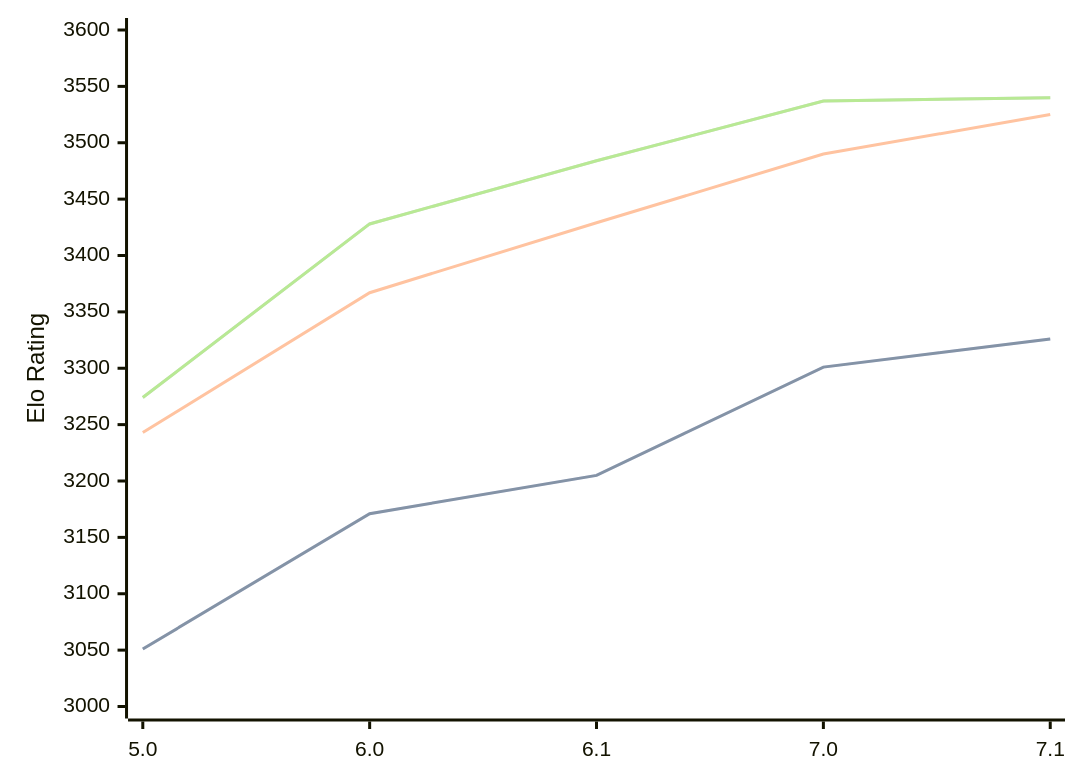
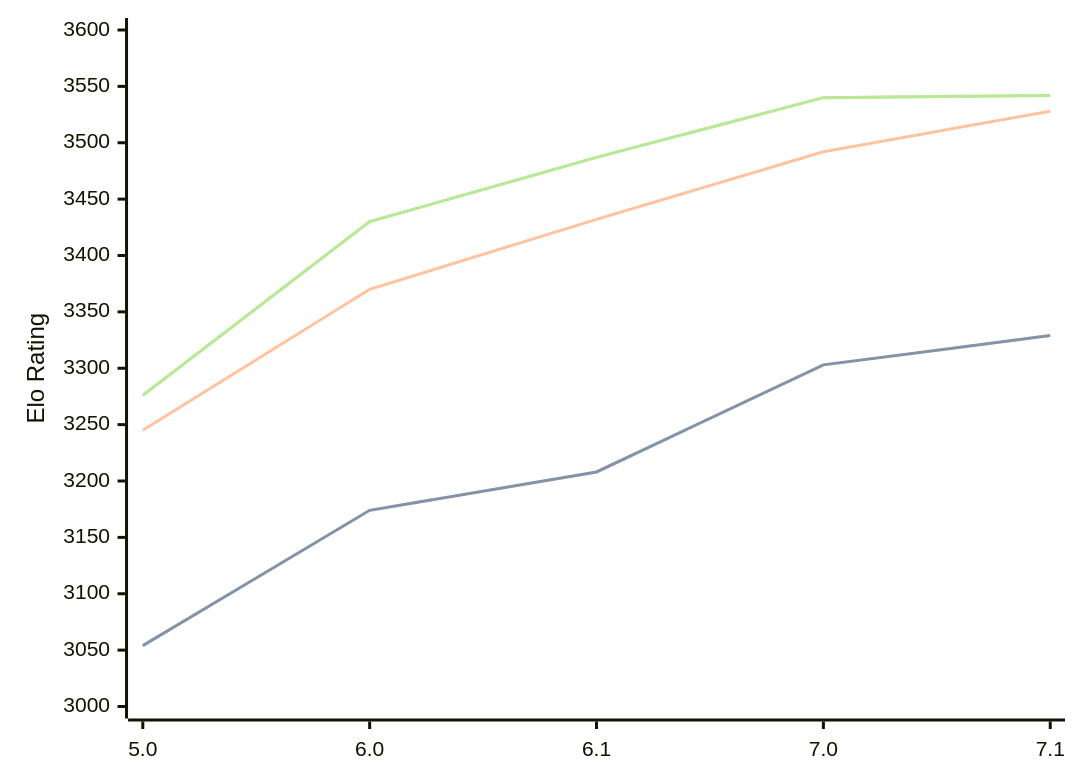
Before and after one commit to computer-chess-index/cci: the diagram in engines/PZChessBot.md, drawn with Mermaid. The commit also changed other lines of this file, not shown here.

Commit message:
Update CCI Ratings (ELO VLTC) - 2026-09-24

````diff
--- a/engines/PZChessBot.md
+++ b/engines/PZChessBot.md
@@ -35,11 +35,11 @@
 ```mermaid
 %%{init: {"theme":"base","themeVariables":{"seriesColors:['#a3a3a3','#222221','#faa371']}}}%%
 xychart-beta
   x-axis ["5.0", "6.0", "6.1", "7.0", "7.1"]
   y-axis "Elo Rating" 3000 --> 3600
-  line "" [3051, 3171, 3205, 3301, 3326]
-  line "STC (8.0+0.08s)" [3051, 3171, 3205, 3301, 3326]
-  line "LTC (60.0+0.60s)" [3243, 3367, 3429, 3490, 3525]
-  line "" [3274, 3428, 3484, 3537, 3540]
-  line "VLTC (2m24s+1.12s)" [3274, 3428, 3484, 3537, 3540]
+  line "" [3054, 3174, 3208, 3303, 3329]
+  line "STC (8.0+0.08s)" [3054, 3174, 3208, 3303, 3329]
+  line "LTC (60.0+0.60s)" [3245, 3370, 3432, 3492, 3528]
+  line "" [3276, 3430, 3487, 3540, 3542]
+  line "VLTC (2m24s+1.12s)" [3276, 3430, 3487, 3540, 3542]
 ```
````
